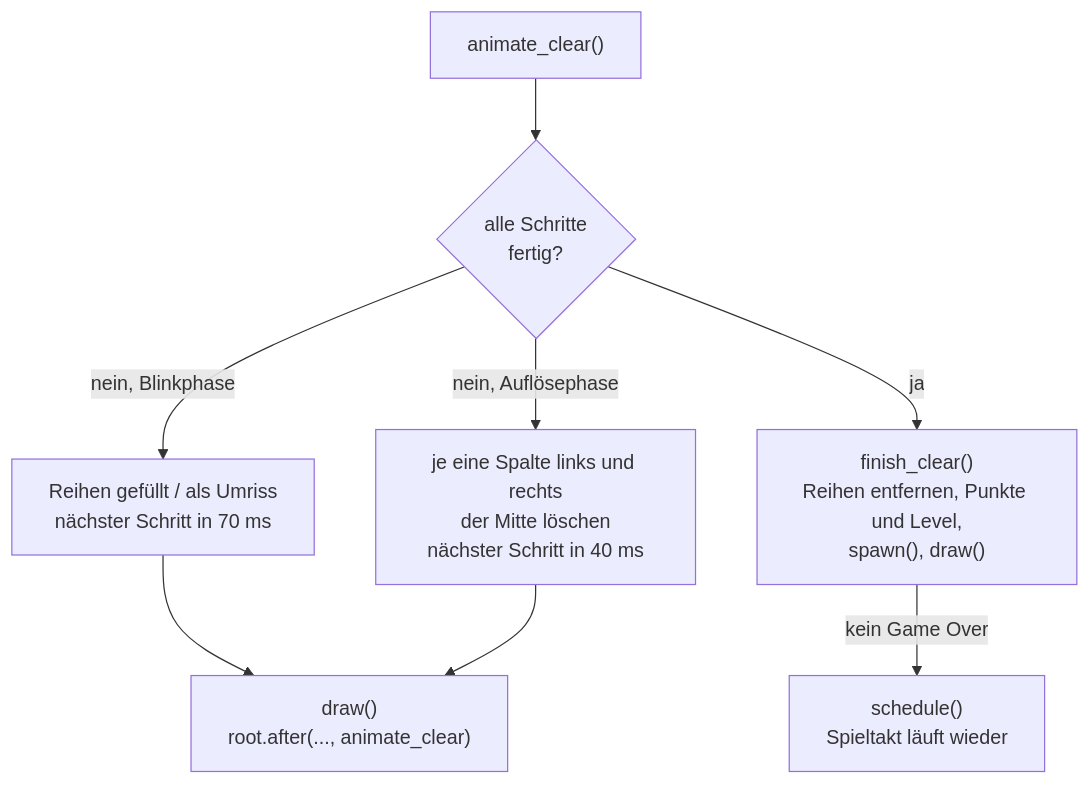
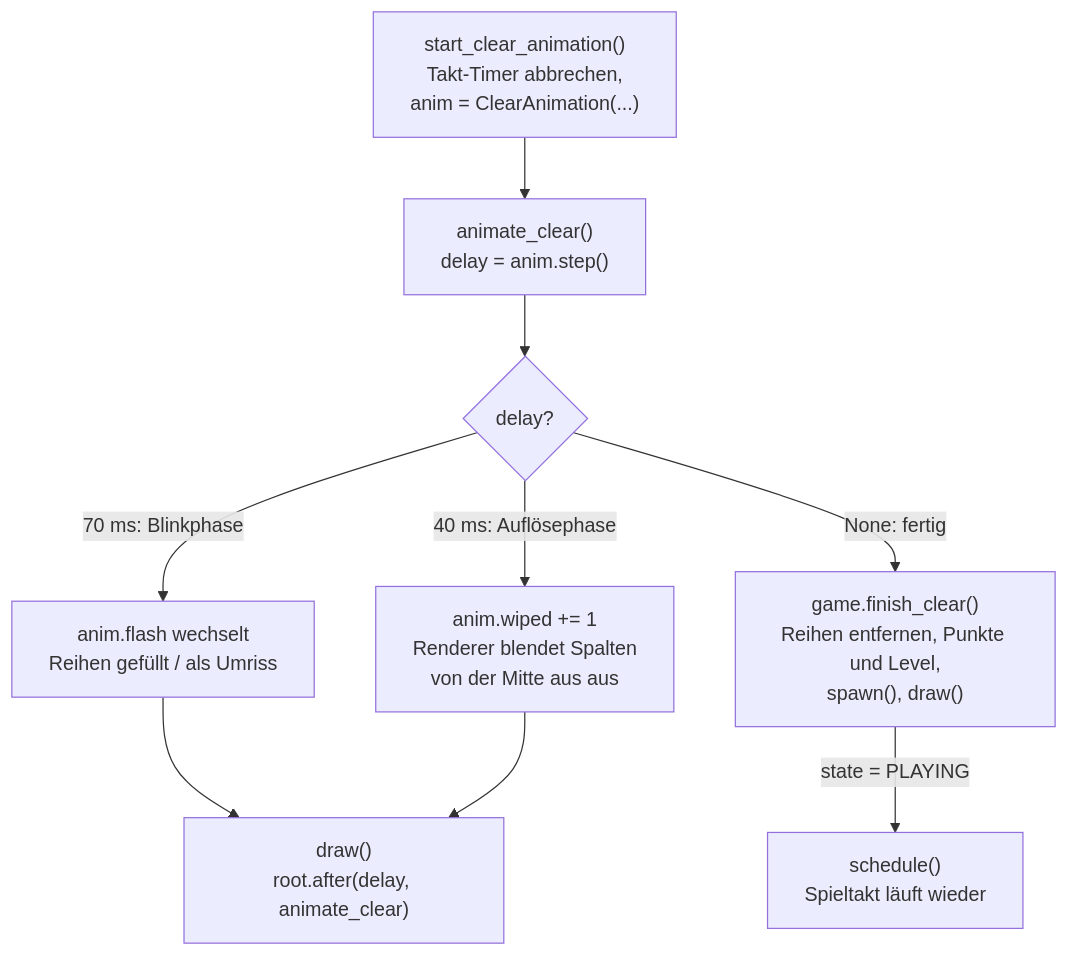
The fifth of 6 diagrams in docs/Diagramme.md (Krysek/Quickstart-mit-Claude), drawn with Mermaid before and after one commit. The commit also changed other lines of this file and 7 other files, not shown here.

````diff
--- a/docs/Diagramme.md
+++ b/docs/Diagramme.md
@@ -161,10 +222,11 @@
 ```mermaid
 flowchart TD
-    anim["animate_clear()"] --> q{"alle Schritte<br/>fertig?"}
-    q -->|"nein, Blinkphase"| blink["Reihen gefüllt / als Umriss<br/>nächster Schritt in 70 ms"]
-    q -->|"nein, Auflösephase"| wipe["je eine Spalte links und rechts<br/>der Mitte löschen<br/>nächster Schritt in 40 ms"]
-    blink --> again["draw()<br/>root.after(..., animate_clear)"]
+    sca["start_clear_animation()<br/>Takt-Timer abbrechen,<br/>anim = ClearAnimation(...)"] --> anim
+    anim["animate_clear()<br/>delay = anim.step()"] --> q{"delay?"}
+    q -->|"70 ms: Blinkphase"| blink["anim.flash wechselt<br/>Reihen gefüllt / als Umriss"]
+    q -->|"40 ms: Auflösephase"| wipe["anim.wiped += 1<br/>Renderer blendet Spalten<br/>von der Mitte aus aus"]
+    blink --> again["draw()<br/>root.after(delay, animate_clear)"]
     wipe --> again
-    q -->|ja| fin["finish_clear()<br/>Reihen entfernen, Punkte und Level,<br/>spawn(), draw()"]
-    fin -->|"kein Game Over"| sched["schedule()<br/>Spieltakt läuft wieder"]
+    q -->|"None: fertig"| fin["game.finish_clear()<br/>Reihen entfernen, Punkte und Level,<br/>spawn(), draw()"]
+    fin -->|"state = PLAYING"| sched["schedule()<br/>Spieltakt läuft wieder"]
 ```
````
